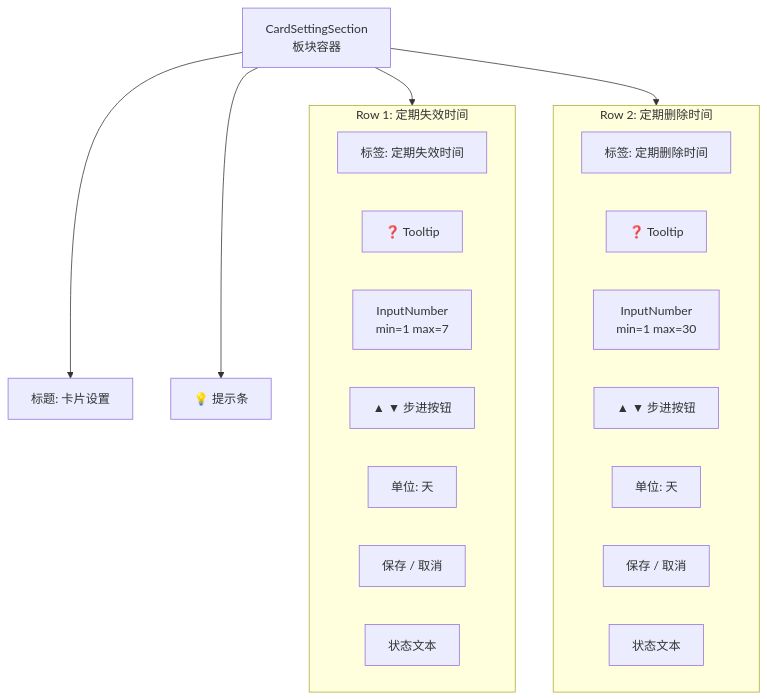
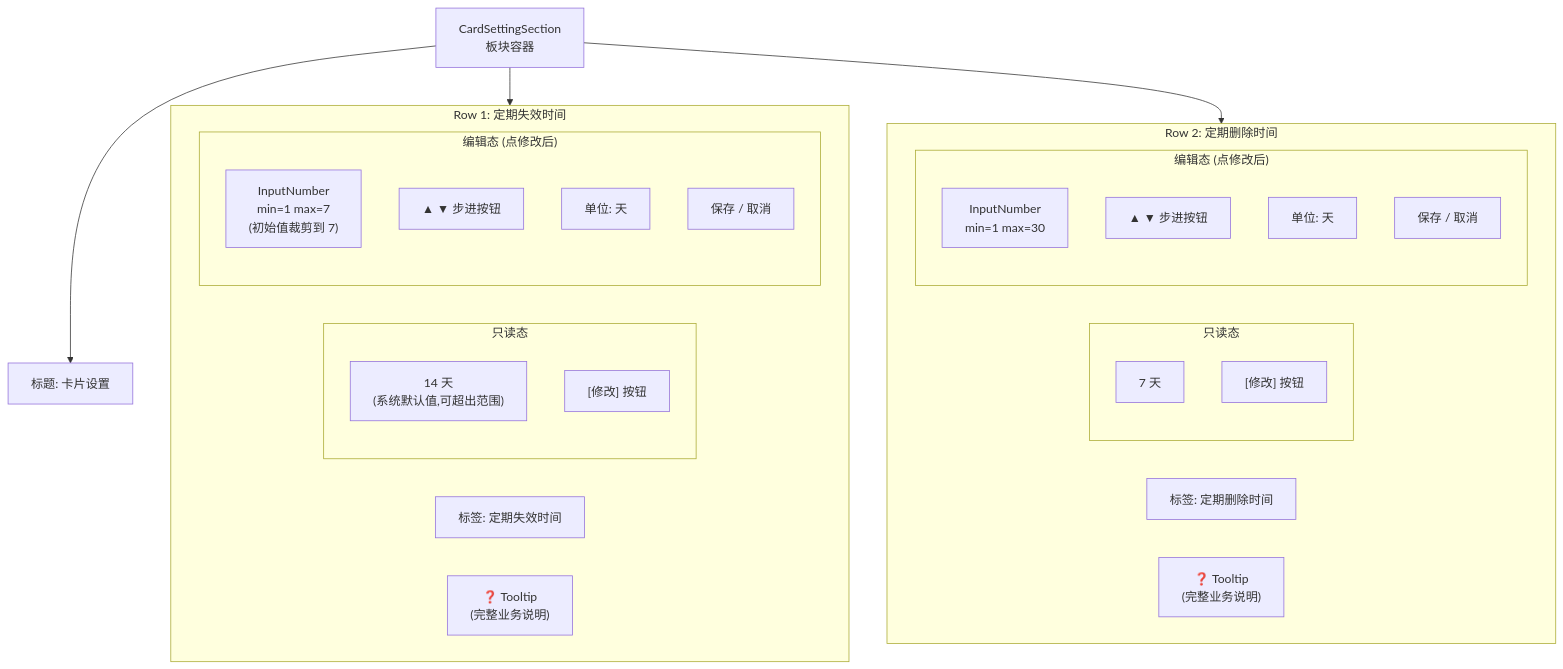
The sixth of 6 diagrams in docs/card-setting-requirement.md (THZSummer/open-app), drawn with Mermaid before and after one commit. The commit also changed other lines of this file and 2 other files, not shown here.

````diff
--- a/docs/card-setting-requirement.md
+++ b/docs/card-setting-requirement.md
@@ -527,32 +668,39 @@
 ```mermaid
 graph TD
     section["CardSettingSection<br/>板块容器"]
     title["标题: 卡片设置"]
 
     subgraph row1["Row 1: 定期失效时间"]
         label1["标签: 定期失效时间"]
-        tip1["❓ Tooltip"]
-        input1["InputNumber<br/>min=1 max=7"]
-        step1["▲ ▼ 步进按钮"]
-        unit1["单位: 天"]
-        actions1["保存 / 取消"]
-        status1["状态文本"]
+        tip1["❓ Tooltip<br/>(完整业务说明)"]
+        subgraph readonly1["只读态"]
+            value1["14 天<br/>(系统默认值,可超出范围)"]
+            modifyBtn1["[修改] 按钮"]
+        end
+        subgraph editing1["编辑态 (点修改后)"]
+            input1["InputNumber<br/>min=1 max=7<br/>(初始值裁剪到 7)"]
+            step1["▲ ▼ 步进按钮"]
+            unit1["单位: 天"]
+            actions1["保存 / 取消"]
+        end
     end
 
     subgraph row2["Row 2: 定期删除时间"]
         label2["标签: 定期删除时间"]
-        tip2["❓ Tooltip"]
-        input2["InputNumber<br/>min=1 max=30"]
-        step2["▲ ▼ 步进按钮"]
-        unit2["单位: 天"]
-        actions2["保存 / 取消"]
-        status2["状态文本"]
+        tip2["❓ Tooltip<br/>(完整业务说明)"]
+        subgraph readonly2["只读态"]
+            value2["7 天"]
+            modifyBtn2["[修改] 按钮"]
+        end
+        subgraph editing2["编辑态 (点修改后)"]
+            input2["InputNumber<br/>min=1 max=30"]
+            step2["▲ ▼ 步进按钮"]
+            unit2["单位: 天"]
+            actions2["保存 / 取消"]
+        end
     end
-
-    helper["💡 提示条"]
 
     section --> title
     section --> row1
     section --> row2
-    section --> helper
 ```
````
